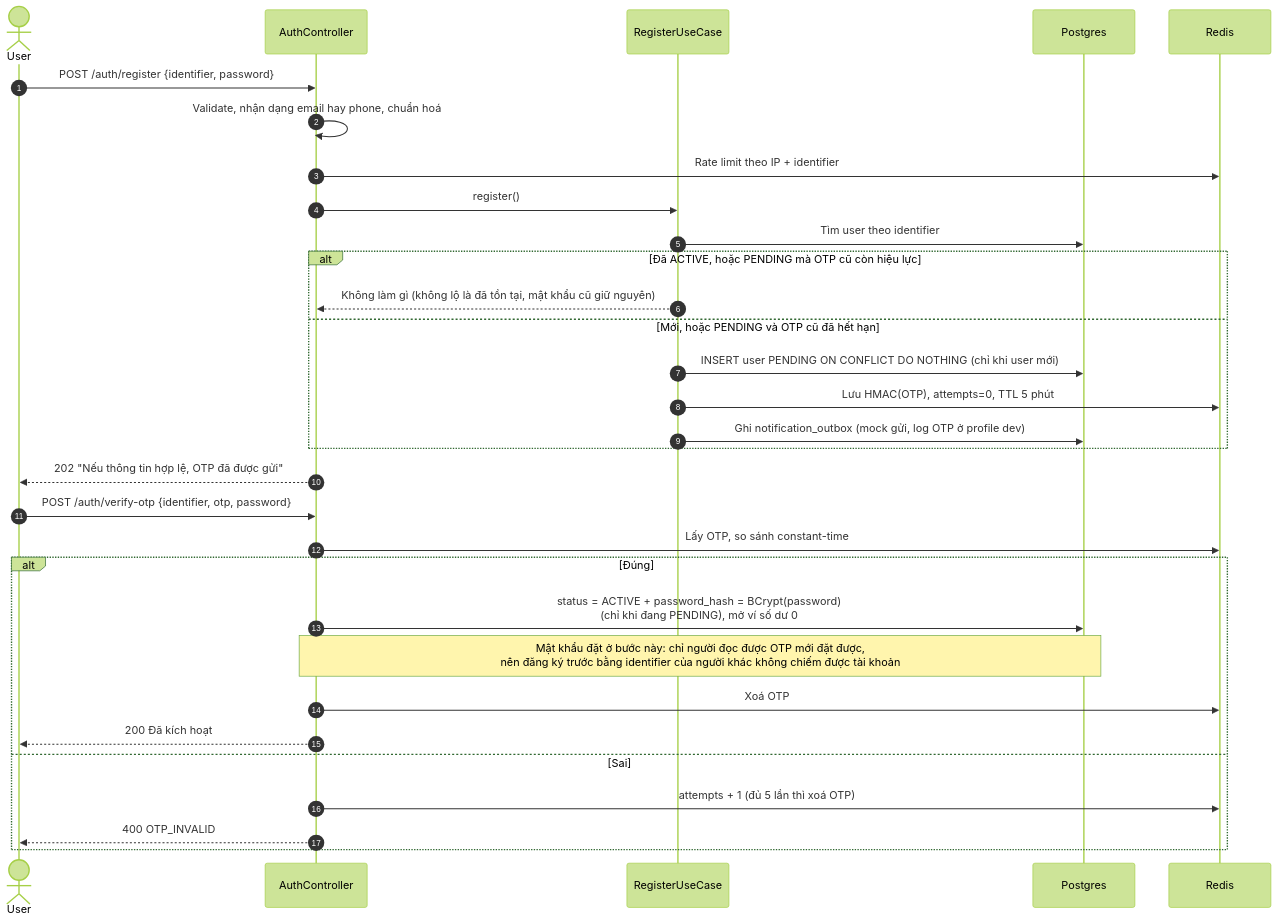
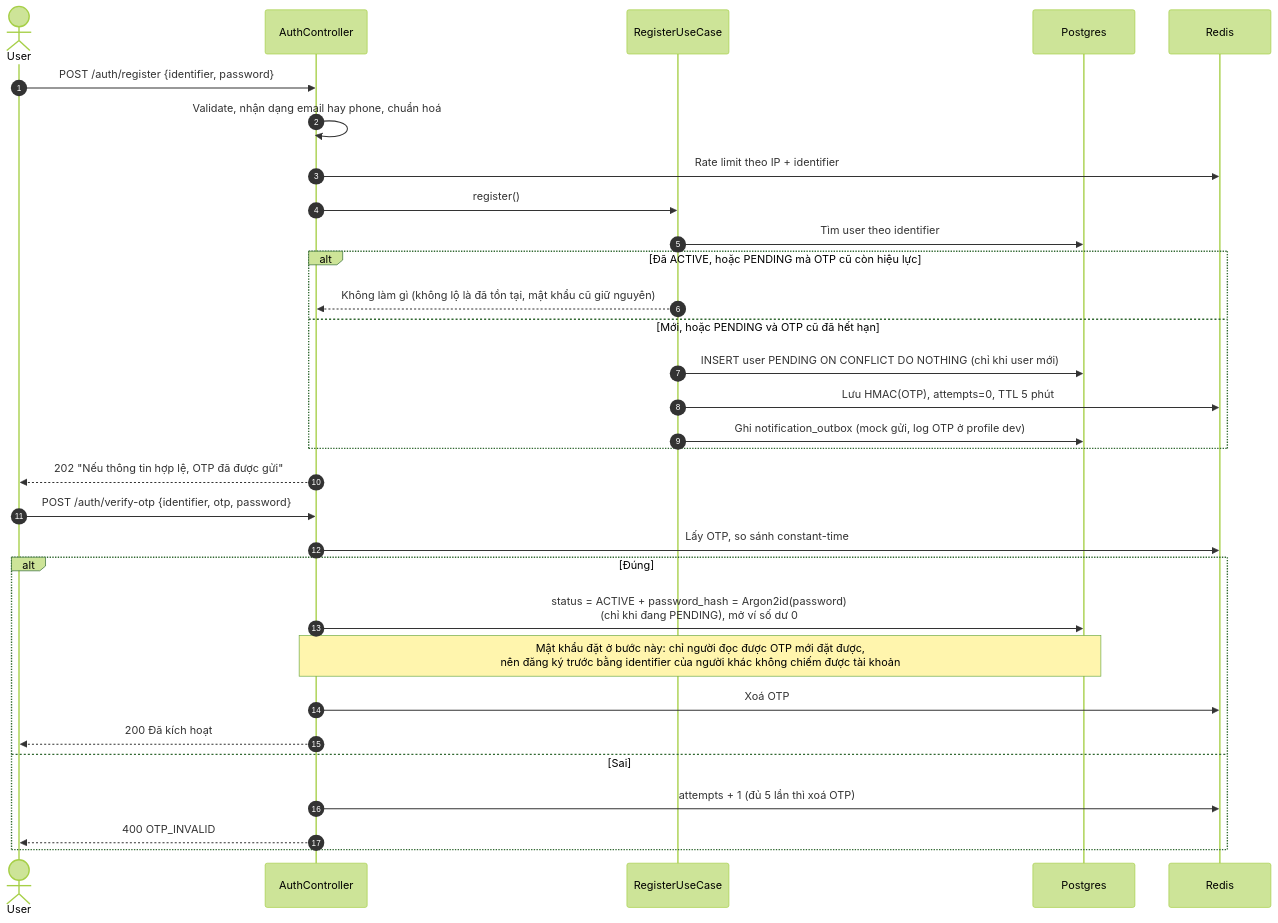
Before and after one commit to lebronjamesbe01-dev/flashsale-service: the fifth of 14 diagrams in docs/system-design.md, drawn with Mermaid (forest theme). The commit also changed other lines of this file and 11 other files, not shown here.

Commit message:
feat(auth): hash passwords with Argon2id, upgrade legacy BCrypt on login

````diff
--- a/docs/system-design.md
+++ b/docs/system-design.md
@@ -190,35 +190,35 @@
 ```mermaid
 sequenceDiagram
     autonumber
     actor U as User
     participant API as AuthController
     participant S as RegisterUseCase
     participant DB as Postgres
     participant R as Redis
 
     U->>API: POST /auth/register {identifier, password}
     API->>API: Validate, nhận dạng email hay phone, chuẩn hoá
     API->>R: Rate limit theo IP + identifier
     API->>S: register()
     S->>DB: Tìm user theo identifier
     alt Đã ACTIVE, hoặc PENDING mà OTP cũ còn hiệu lực
         S-->>API: Không làm gì (không lộ là đã tồn tại, mật khẩu cũ giữ nguyên)
     else Mới, hoặc PENDING và OTP cũ đã hết hạn
         S->>DB: INSERT user PENDING ON CONFLICT DO NOTHING (chỉ khi user mới)
         S->>R: Lưu HMAC(OTP), attempts=0, TTL 5 phút
         S->>DB: Ghi notification_outbox (mock gửi, log OTP ở profile dev)
     end
     API-->>U: 202 "Nếu thông tin hợp lệ, OTP đã được gửi"
 
     U->>API: POST /auth/verify-otp {identifier, otp, password}
     API->>R: Lấy OTP, so sánh constant-time
     alt Đúng
-        API->>DB: status = ACTIVE + password_hash = BCrypt(password)<br/>(chỉ khi đang PENDING), mở ví số dư 0
+        API->>DB: status = ACTIVE + password_hash = Argon2id(password)<br/>(chỉ khi đang PENDING), mở ví số dư 0
         Note over API,DB: Mật khẩu đặt ở bước này: chỉ người đọc được OTP mới đặt được,<br/>nên đăng ký trước bằng identifier của người khác không chiếm được tài khoản
         API->>R: Xoá OTP
         API-->>U: 200 Đã kích hoạt
     else Sai
         API->>R: attempts + 1 (đủ 5 lần thì xoá OTP)
         API-->>U: 400 OTP_INVALID
     end
 ```
````
